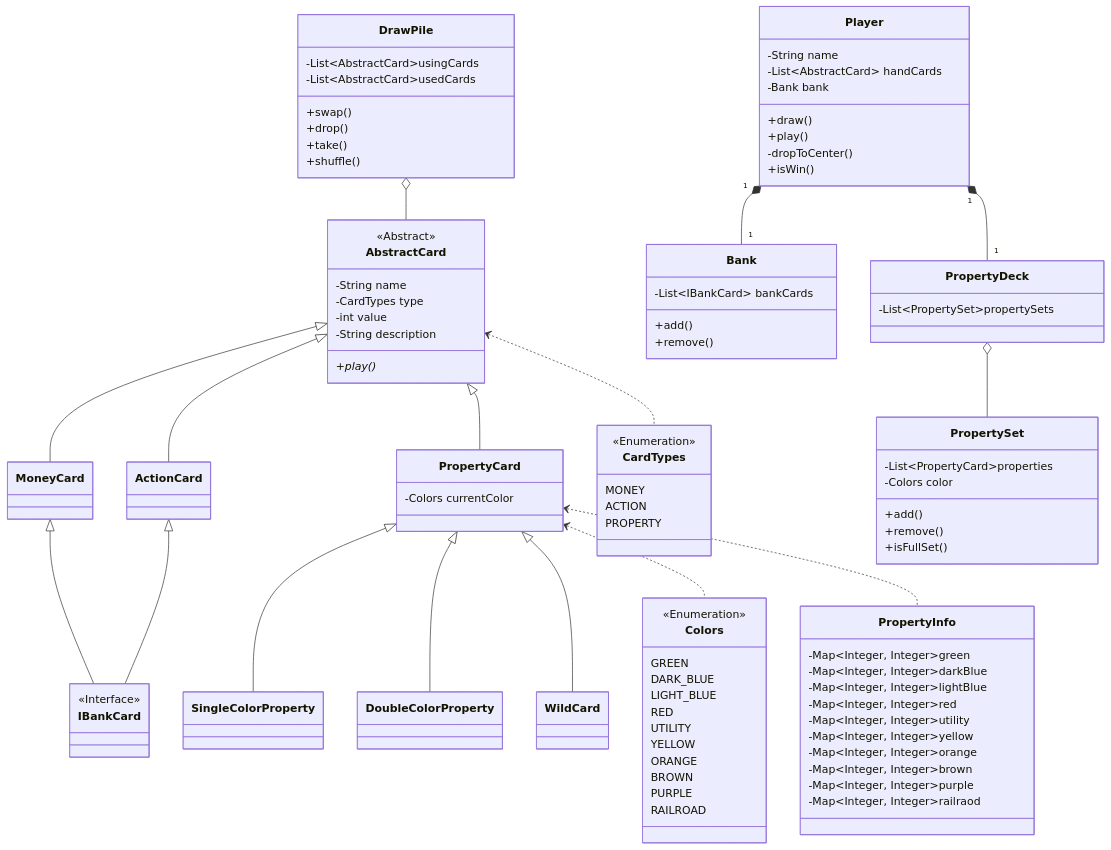
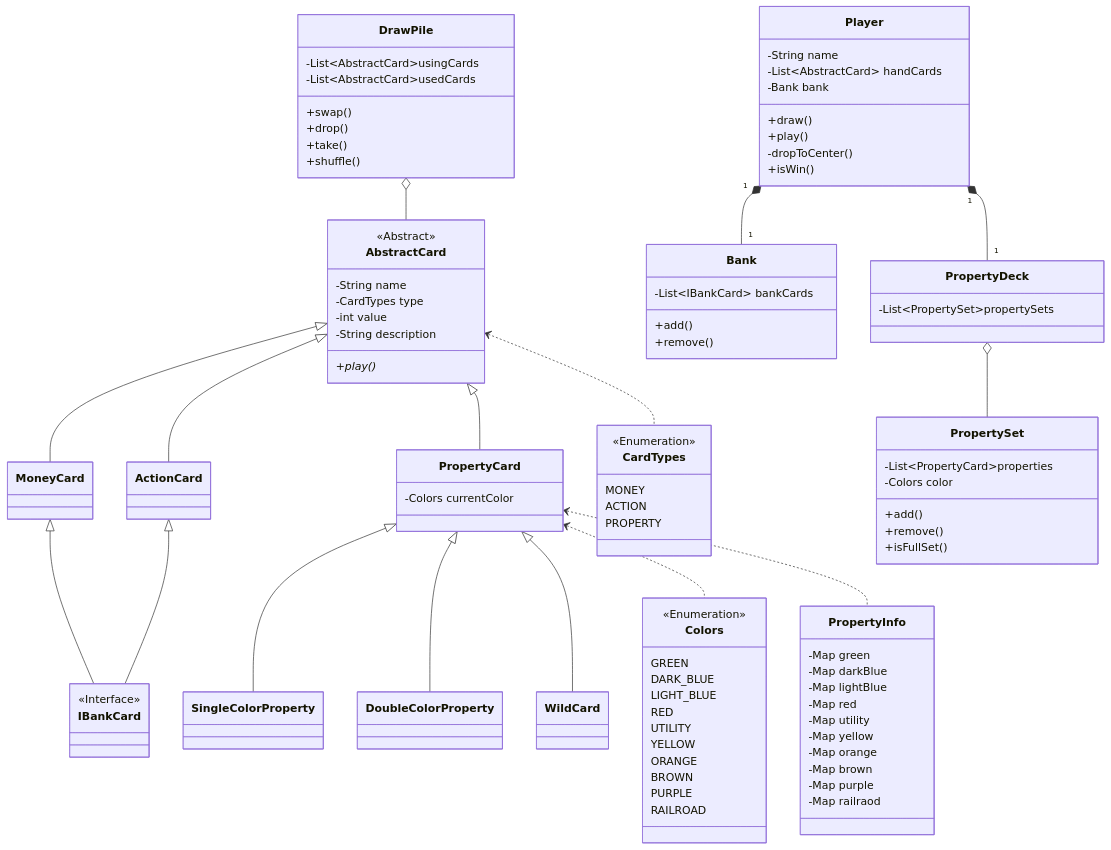
Before and after one commit to KelvinQiu802/comp2004: the diagram in README.md, drawn with Mermaid.

Commit message:
docs: remove Map generic type

````diff
--- a/README.md
+++ b/README.md
@@ -119,15 +119,15 @@
 	}
 	
 	class PropertyInfo{
-		-Map~Integer, Integer~green
-		-Map~Integer, Integer~darkBlue
-		-Map~Integer, Integer~lightBlue
-		-Map~Integer, Integer~red
-		-Map~Integer, Integer~utility
-		-Map~Integer, Integer~yellow
-		-Map~Integer, Integer~orange
-		-Map~Integer, Integer~brown
-		-Map~Integer, Integer~purple
-		-Map~Integer, Integer~railraod
+		-Map green
+		-Map darkBlue
+		-Map lightBlue
+		-Map red
+		-Map utility
+		-Map yellow
+		-Map orange
+		-Map brown
+		-Map purple
+		-Map railraod
 	}
 ```
````
